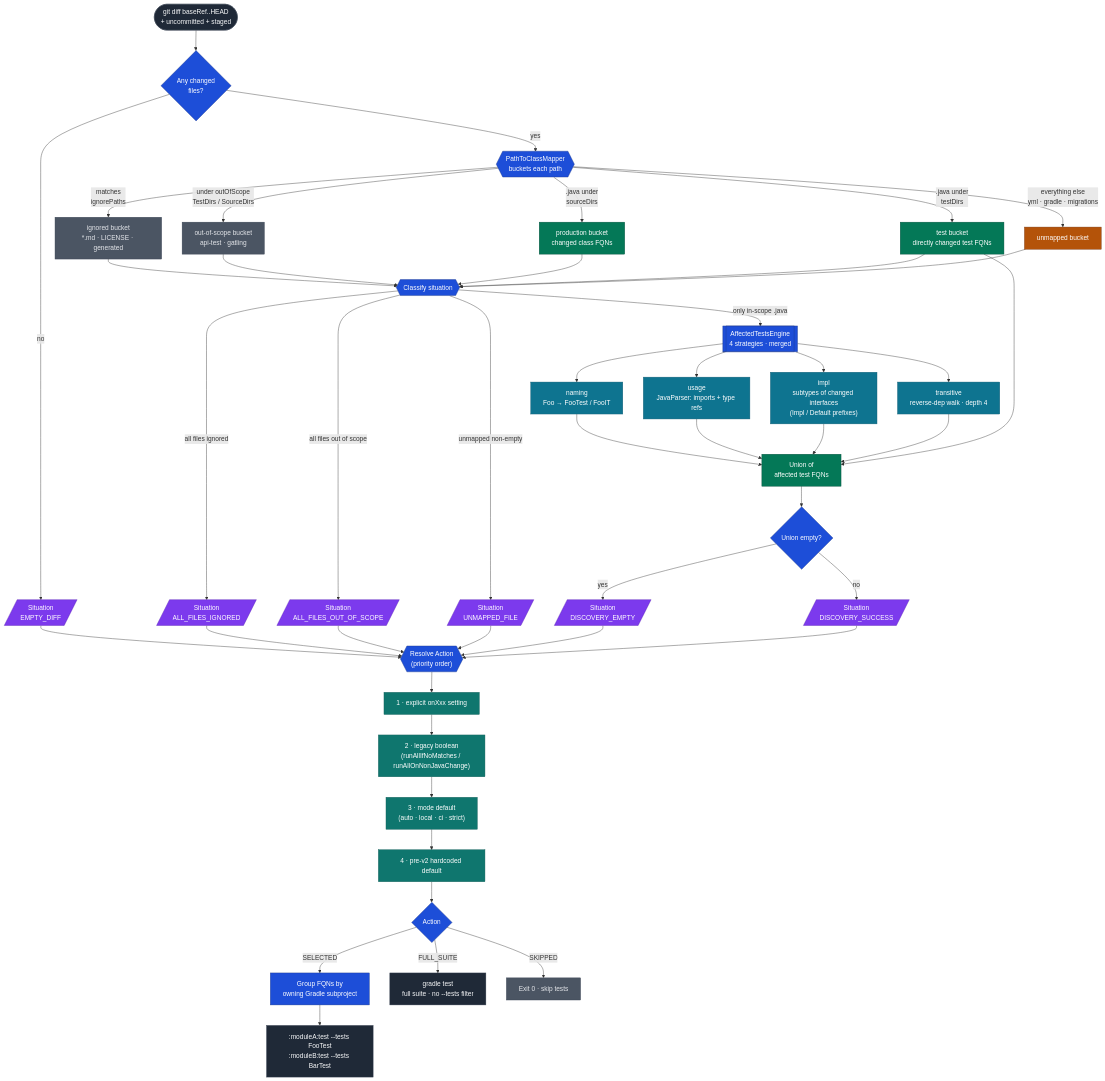
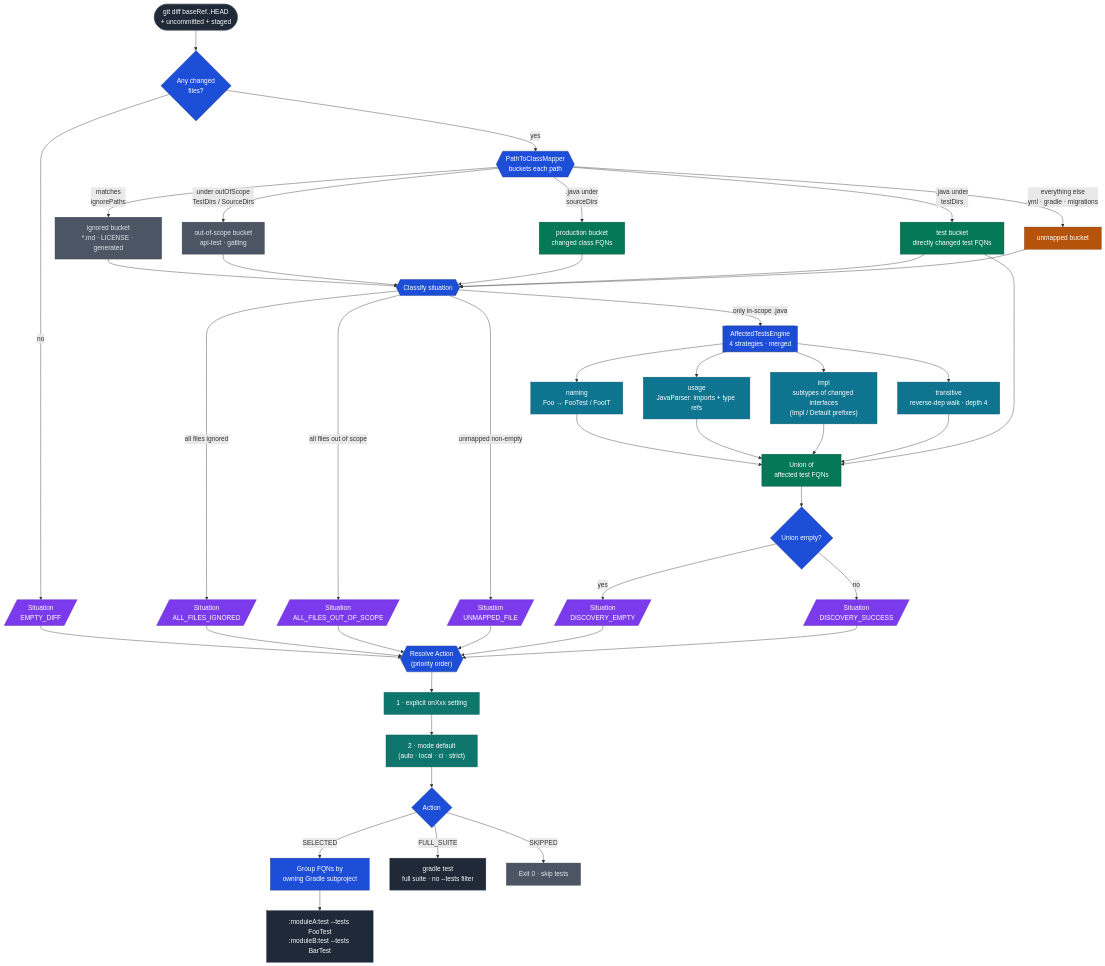
Before and after one commit to vedanthvdev/affected-tests: the diagram in docs/architecture.mmd, drawn with Mermaid. The commit also changed 20 other files, not shown here.

```diff
--- a/docs/architecture.mmd
+++ b/docs/architecture.mmd
@@ -1,66 +1,64 @@
 flowchart TD
     Start(["git diff baseRef..HEAD<br/>+ uncommitted + staged"]):::io --> Changed{Any changed<br/>files?}:::core
 
     Changed -->|no| SitEmpty[/Situation<br/>EMPTY_DIFF/]:::situation
     Changed -->|yes| Mapper{{PathToClassMapper<br/>buckets each path}}:::core
 
     Mapper -->|matches<br/>ignorePaths| BucketIgnored[ignored bucket<br/>*.md · LICENSE · generated]:::muted
     Mapper -->|under outOfScope<br/>TestDirs / SourceDirs| BucketOOS[out-of-scope bucket<br/>api-test · gatling]:::muted
     Mapper -->|".java under<br/>sourceDirs"| BucketProd[production bucket<br/>changed class FQNs]:::data
     Mapper -->|".java under<br/>testDirs"| BucketTest[test bucket<br/>directly changed test FQNs]:::data
     Mapper -->|everything else<br/>yml · gradle · migrations| BucketUnmapped[unmapped bucket]:::warn
 
     BucketIgnored --> Classify{{"Classify situation"}}:::core
     BucketOOS --> Classify
     BucketProd --> Classify
     BucketTest --> Classify
     BucketUnmapped --> Classify
 
     Classify -->|"all files ignored"| SitAllIgnored[/Situation<br/>ALL_FILES_IGNORED/]:::situation
     Classify -->|"all files out of scope"| SitAllOOS[/Situation<br/>ALL_FILES_OUT_OF_SCOPE/]:::situation
     Classify -->|"unmapped non-empty"| SitUnmapped[/Situation<br/>UNMAPPED_FILE/]:::situation
     Classify -->|"only in-scope .java"| Engine[[AffectedTestsEngine<br/>4 strategies · merged]]:::core
 
     Engine --> Naming[naming<br/>Foo → FooTest / FooIT]:::strat
     Engine --> Usage["usage<br/>JavaParser: imports + type refs"]:::strat
     Engine --> Impl["impl<br/>subtypes of changed interfaces<br/>(Impl / Default prefixes)"]:::strat
     Engine --> Transitive["transitive<br/>reverse-dep walk · depth 4"]:::strat
 
     Naming --> Union[Union of<br/>affected test FQNs]:::data
     Usage --> Union
     Impl --> Union
     Transitive --> Union
     BucketTest --> Union
 
     Union --> UnionGate{Union empty?}:::core
     UnionGate -->|yes| SitDiscoveryEmpty[/Situation<br/>DISCOVERY_EMPTY/]:::situation
     UnionGate -->|no| SitDiscoverySuccess[/Situation<br/>DISCOVERY_SUCCESS/]:::situation
 
     SitEmpty --> Resolve
     SitAllIgnored --> Resolve
     SitAllOOS --> Resolve
     SitUnmapped --> Resolve
     SitDiscoveryEmpty --> Resolve
     SitDiscoverySuccess --> Resolve
 
     Resolve{{"Resolve Action<br/>(priority order)"}}:::core
     Resolve --> Explicit["1 · explicit onXxx setting"]:::priority
-    Explicit --> Legacy["2 · legacy boolean<br/>(runAllIfNoMatches / runAllOnNonJavaChange)"]:::priority
-    Legacy --> ModeDefault["3 · mode default<br/>(auto · local · ci · strict)"]:::priority
-    ModeDefault --> Hardcoded["4 · pre-v2 hardcoded default"]:::priority
-    Hardcoded --> Action{Action}:::core
+    Explicit --> ModeDefault["2 · mode default<br/>(auto · local · ci · strict)"]:::priority
+    ModeDefault --> Action{Action}:::core
 
     Action -->|SELECTED| Router[Group FQNs by<br/>owning Gradle subproject]:::core
     Action -->|FULL_SUITE| FullSuite["gradle test<br/>full suite · no --tests filter"]:::io
     Action -->|SKIPPED| Exit0[Exit 0 · skip tests]:::muted
 
     Router --> Dispatch[":moduleA:test --tests FooTest<br/>:moduleB:test --tests BarTest"]:::io
 
     classDef io fill:#1f2937,color:#f9fafb,stroke:#374151,stroke-width:1px
     classDef core fill:#1d4ed8,color:#ffffff,stroke:#1e3a8a,stroke-width:1px
     classDef data fill:#047857,color:#ffffff,stroke:#064e3b,stroke-width:1px
     classDef strat fill:#0e7490,color:#ffffff,stroke:#155e75,stroke-width:1px
     classDef situation fill:#7c3aed,color:#ffffff,stroke:#5b21b6,stroke-width:1px
     classDef priority fill:#0f766e,color:#ffffff,stroke:#115e59,stroke-width:1px
     classDef warn fill:#b45309,color:#ffffff,stroke:#78350f,stroke-width:1px
     classDef muted fill:#4b5563,color:#e5e7eb,stroke:#374151,stroke-width:1px
```
